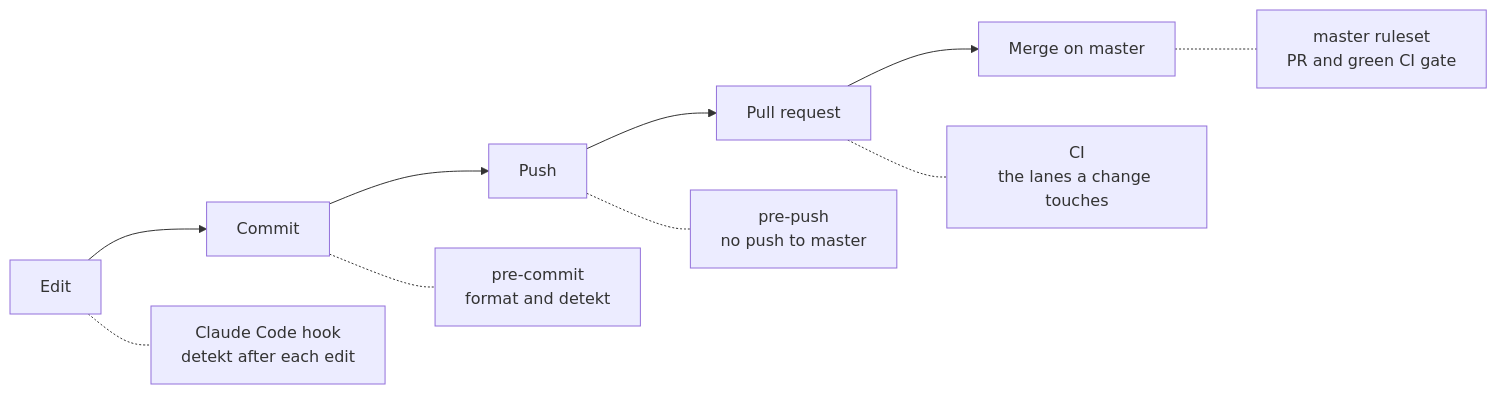
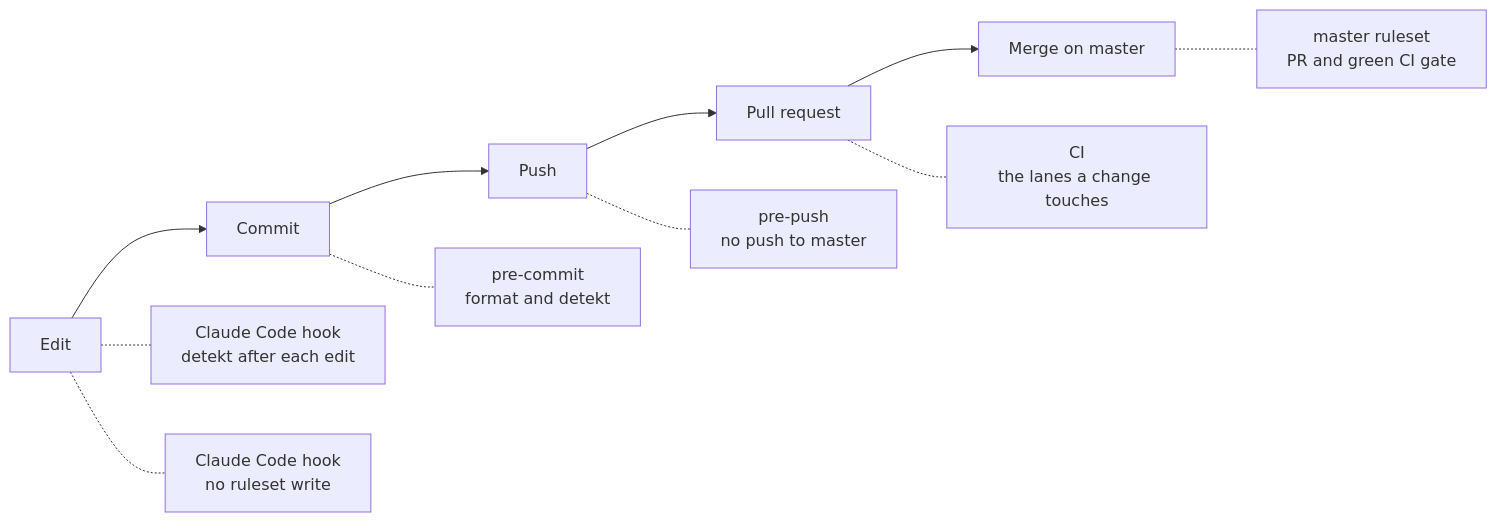
Before and after one commit to mboisnard/drinkit: the diagram in docs/src/engineering/harness.md, drawn with Mermaid. The commit also changed other lines of this file and 1 other file, not shown here.

First line of the commit message:
[DOCS] Document the guard hook (#405)

````diff
--- a/docs/src/engineering/harness.md
+++ b/docs/src/engineering/harness.md
@@ -5,9 +5,10 @@
 ```mermaid
 flowchart LR
   edit[Edit] --> commit[Commit] --> push[Push] --> pr[Pull request] --> merge[Merge on master]
   edit -.- claude[Claude Code hook<br/>detekt after each edit]
+  edit -.- guard[Claude Code hook<br/>no ruleset write]
   commit -.- precommit[pre-commit<br/>format and detekt]
   push -.- prepush[pre-push<br/>no push to master]
   pr -.- ci[CI<br/>the lanes a change touches]
   merge -.- ruleset[master ruleset<br/>PR and green CI gate]
 ```
````
